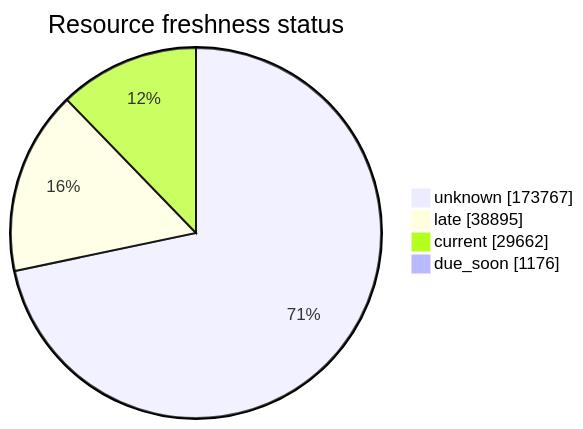
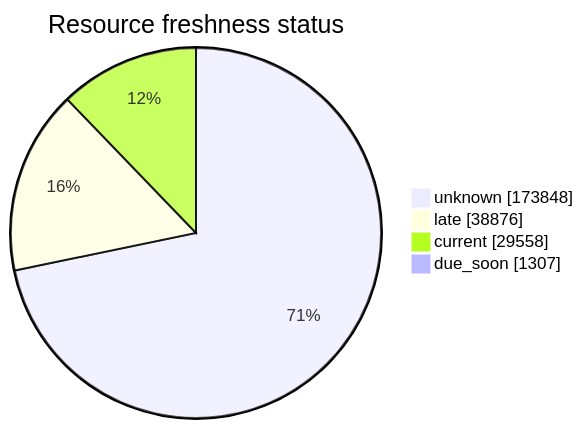
One commit to open-data/analytics-corporate-reporting changed the third of 5 diagrams in FreshCheck/README.md. Above: the diagram before and after it, drawn with Mermaid. The commit also changed other lines of this file and 3 other files, not shown here.

````diff
--- a/FreshCheck/README.md
+++ b/FreshCheck/README.md
@@ -77,7 +77,7 @@
 ```mermaid
 pie showData title Resource freshness status
-    "unknown": 173767
-    "late": 38895
-    "current": 29662
-    "due_soon": 1176
+    "unknown": 173848
+    "late": 38876
+    "current": 29558
+    "due_soon": 1307
 ```
````
